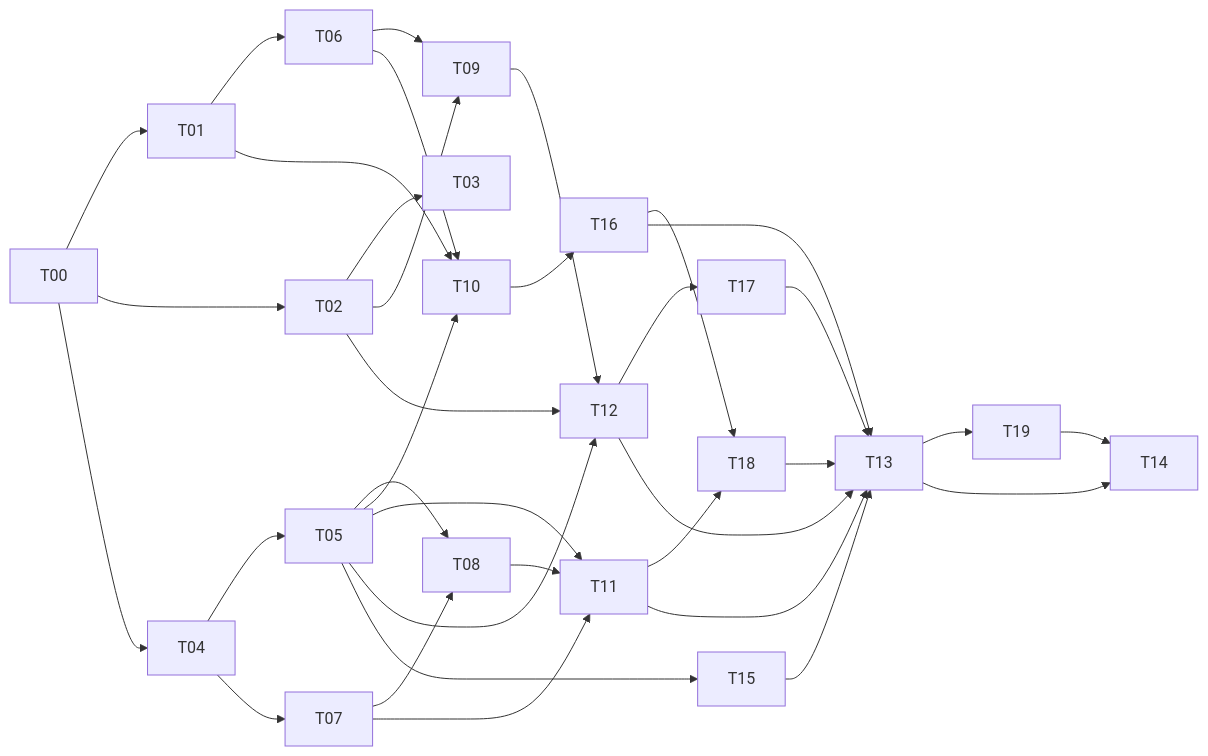
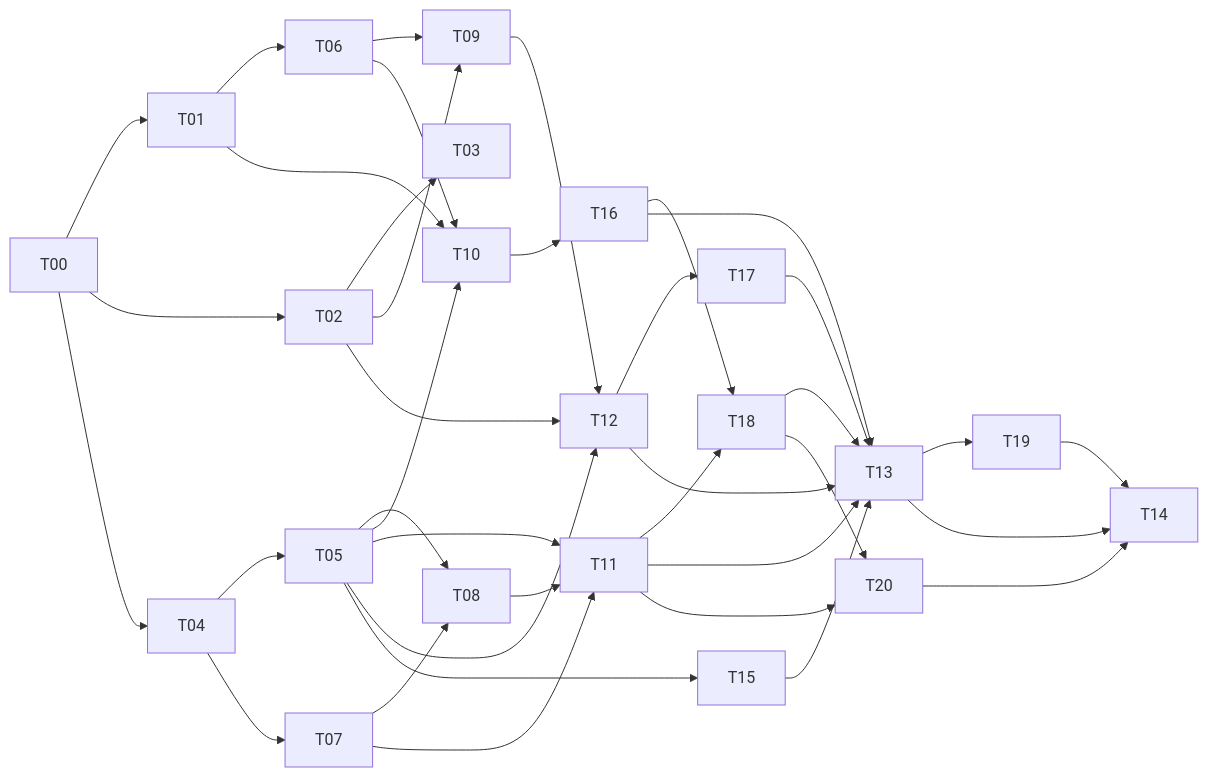
Before and after one commit to JaGaiMO0O/Ground-Work: the diagram in docs/plan/ROADMAP.md, drawn with Mermaid. The commit also changed other lines of this file and 3 other files, not shown here.

````diff
--- a/docs/plan/ROADMAP.md
+++ b/docs/plan/ROADMAP.md
@@ -17,18 +17,19 @@
 ```mermaid
 graph LR
   T00 --> T01 & T02 & T04
   T01 --> T06 & T10
   T02 --> T03 & T09 & T12
   T04 --> T05 & T07
   T05 --> T08 & T10 & T11 & T12 & T15
   T06 --> T09 & T10
   T07 --> T08 & T11
   T08 --> T11
   T09 --> T12
   T10 --> T16
   T12 --> T17
   T11 & T16 --> T18
   T11 & T12 & T15 & T16 & T17 & T18 --> T13
   T13 --> T19
-  T13 & T19 --> T14
+  T11 & T18 --> T20
+  T13 & T19 & T20 --> T14
 ```
````
